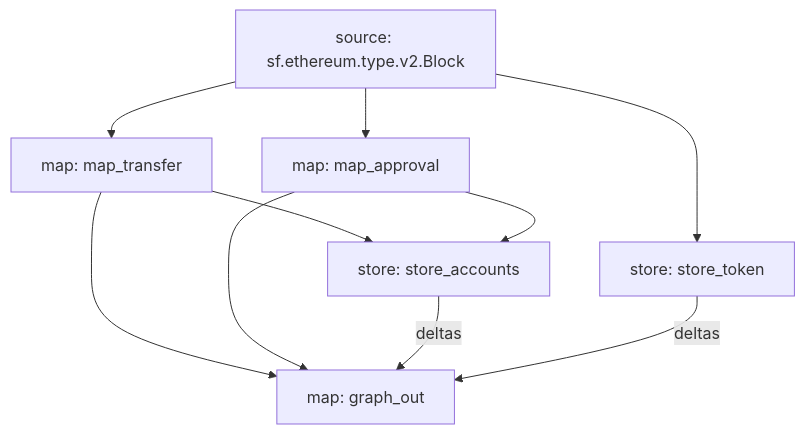
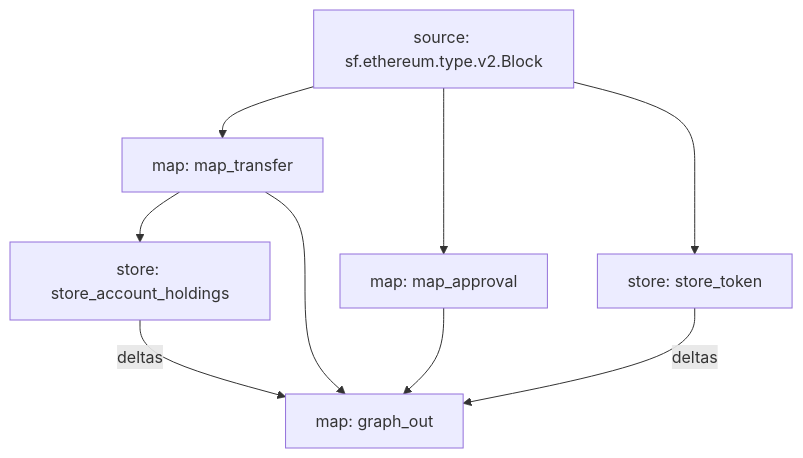
Before and after one commit to itsjerryokolo/apecoin_substreams: the diagram in README.md, drawn with Mermaid.

````diff
--- a/README.md
+++ b/README.md
@@ -3,18 +3,17 @@
 ```mermaid
 graph TD;
   map_transfer[map: map_transfer];
   sf.ethereum.type.v2.Block[source: sf.ethereum.type.v2.Block] --> map_transfer;
   map_approval[map: map_approval];
   sf.ethereum.type.v2.Block[source: sf.ethereum.type.v2.Block] --> map_approval;
-  store_accounts[store: store_accounts];
-  map_transfer --> store_accounts;
-  map_approval --> store_accounts;
+  store_account_holdings[store: store_account_holdings];
+  map_transfer --> store_account_holdings;
   store_token[store: store_token];
   sf.ethereum.type.v2.Block[source: sf.ethereum.type.v2.Block] --> store_token;
   graph_out[map: graph_out];
   map_transfer --> graph_out;
   map_approval --> graph_out;
-  store_accounts -- deltas --> graph_out;
+  store_account_holdings -- deltas --> graph_out;
   store_token -- deltas --> graph_out;
 
 ```
````
